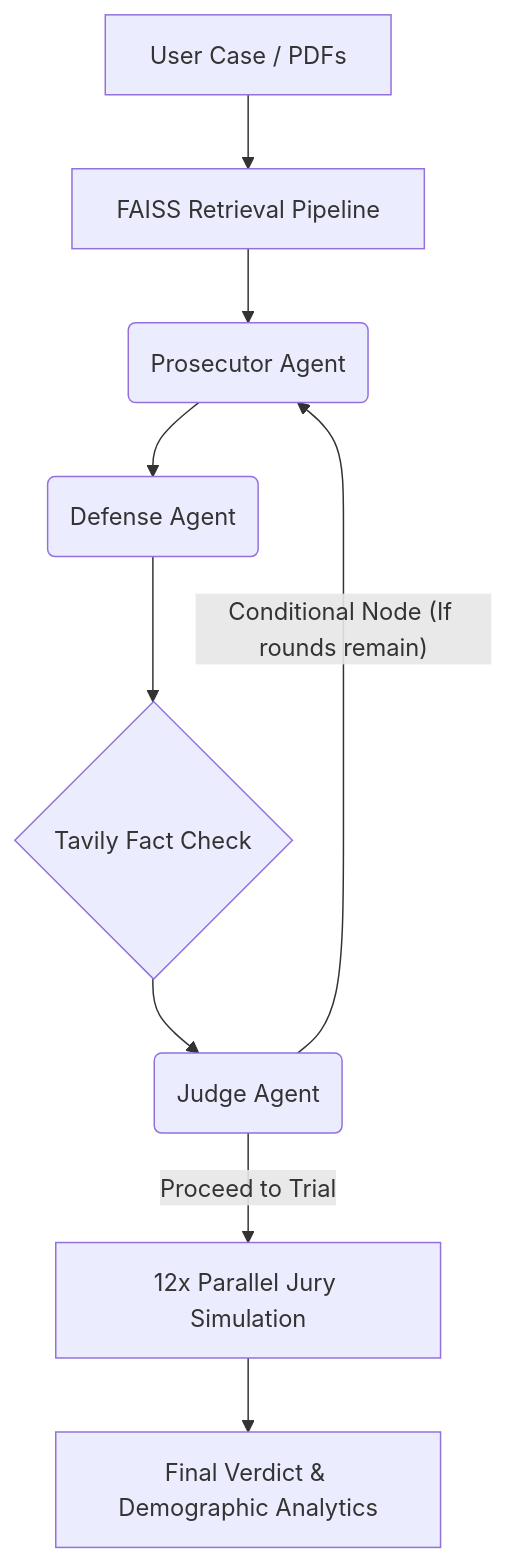
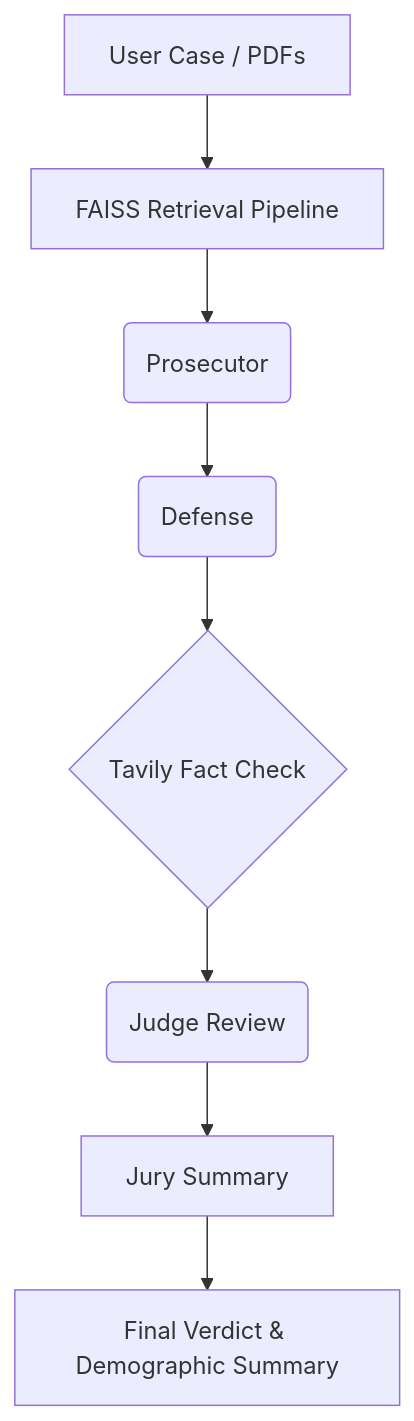
One commit to ABHImaybeJEET/CourtRoom_AI changed the diagram in README.md. Above: the diagram before and after it, drawn with Mermaid. The commit also changed other lines of this file, not shown here.

Commit message:
Update README tone to grounded legal simulation wording

````diff
--- a/README.md
+++ b/README.md
@@ -47,11 +45,10 @@
 ```mermaid
 graph TD;
     Input[User Case / PDFs] --> RAG[FAISS Retrieval Pipeline]
-    RAG --> Prosecution(Prosecutor Agent)
-    Prosecution --> Defense(Defense Agent)
+    RAG --> Prosecution(Prosecutor)
+    Prosecution --> Defense(Defense)
     Defense --> WebSearch{Tavily Fact Check}
-    WebSearch --> Judge(Judge Agent)
-    Judge -- "Conditional Node (If rounds remain)" --> Prosecution
-    Judge -- "Proceed to Trial" --> Jury[12x Parallel Jury Simulation]
-    Jury --> Verdict[Final Verdict & Demographic Analytics]
+    WebSearch --> Judge(Judge Review)
+    Judge --> Jury[Jury Summary]
+    Jury --> Verdict[Final Verdict & Demographic Summary]
 ```
````
